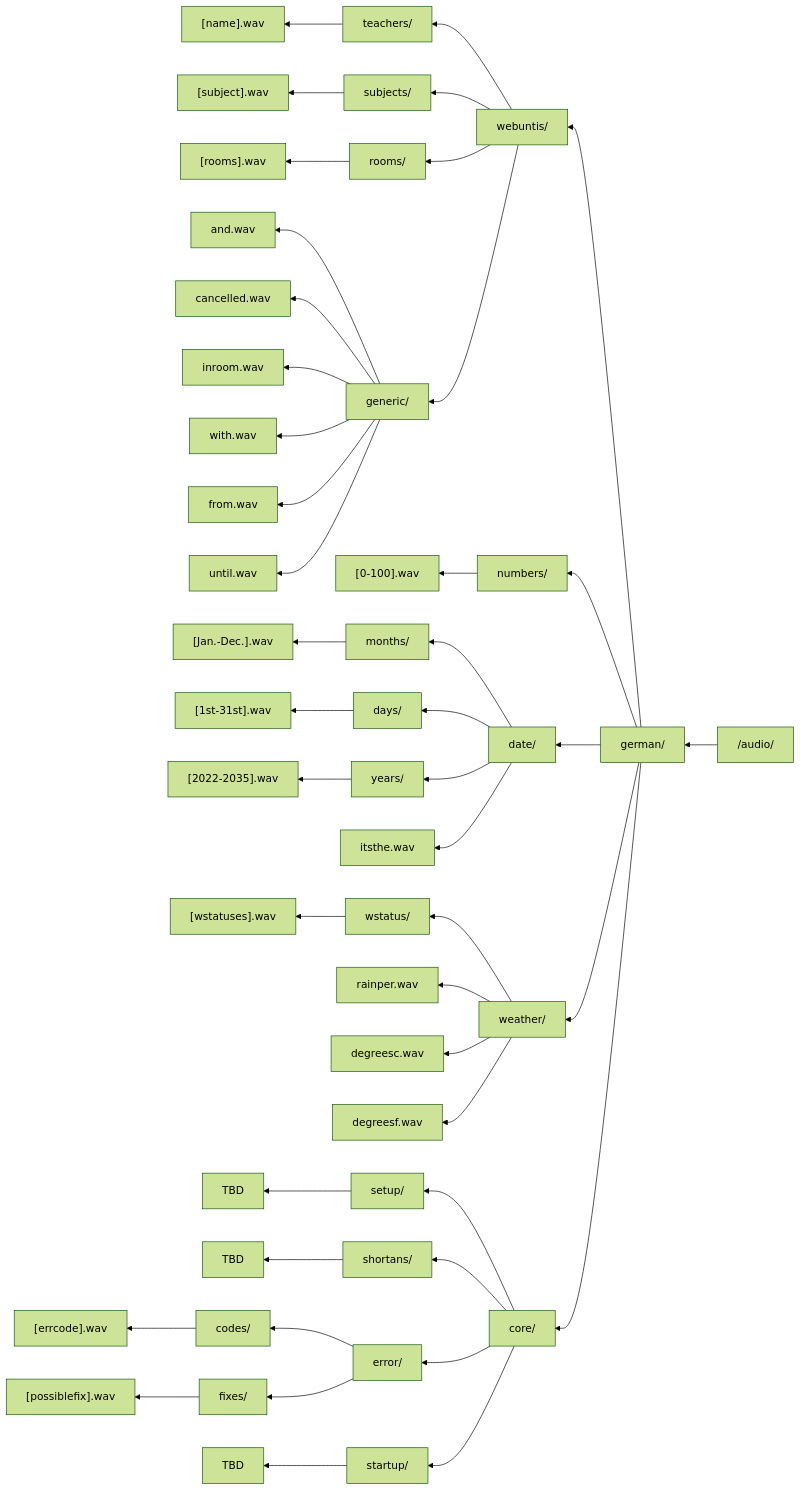
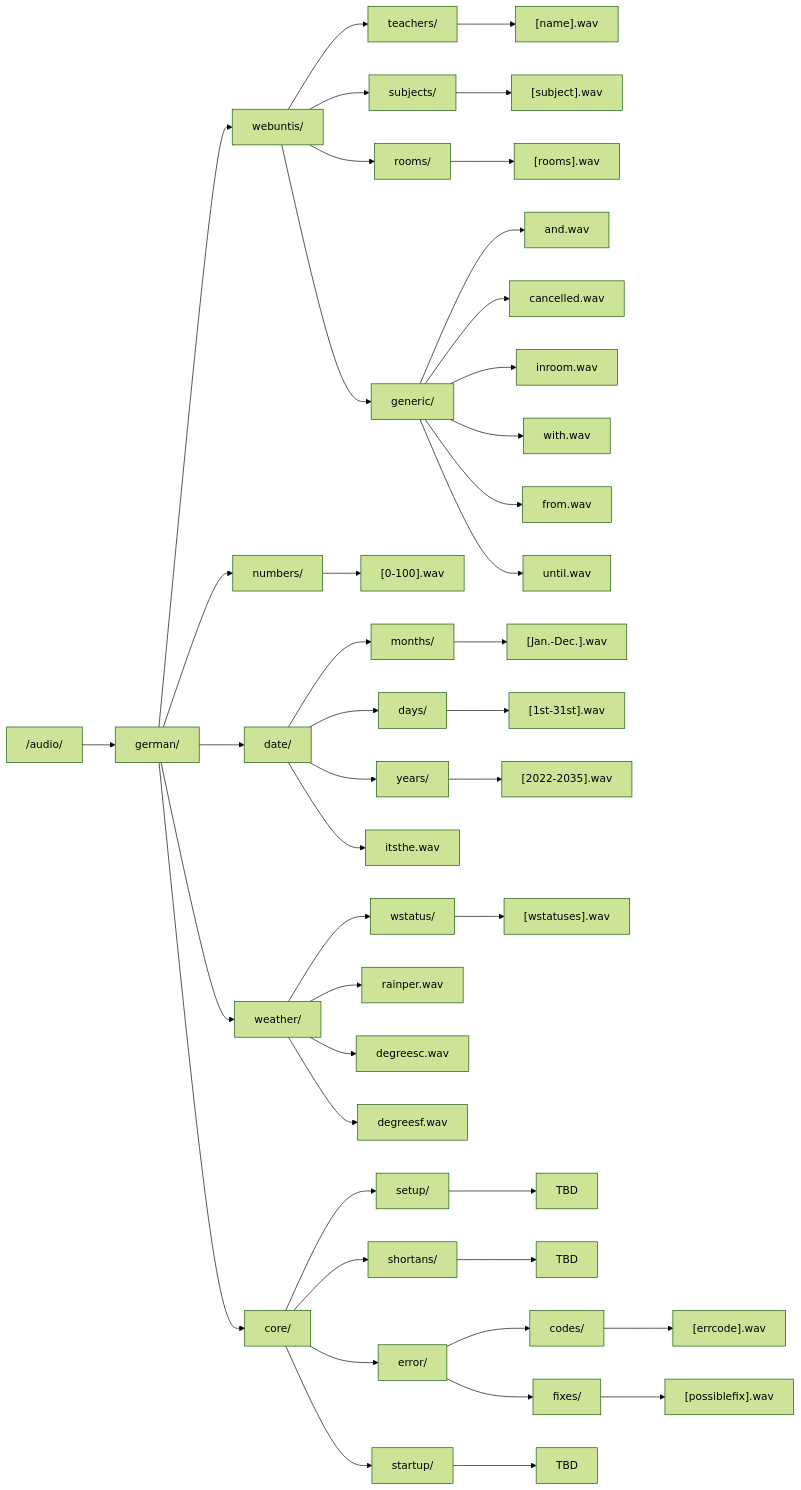
Before and after one commit to LoMaTiInformatik/SchoolBuddy: the diagram in README.md, drawn with Mermaid (forest theme).

````diff
--- a/README.md
+++ b/README.md
@@ -5,46 +5,46 @@
 ```mermaid
-flowchart RL;
+flowchart LR;
   audio["/audio/"] --> ger["german/"];
   ger --> gerwebu["webuntis/"];
   ger --> gernum["numbers/"];
   ger --> gerdate["date/"];
   ger --> gerweather["weather/"];
   ger --> gercore["core/"];
   gerwebu --> gerwebuteach["teachers/"];
   gerwebu --> gerwebusubj["subjects/"];
   gerwebu --> gerweburoom["rooms/"];
   gerwebu --> gerwebugener["generic/"];
   gerwebuteach --> gerteachval["[name].wav"];
   gerwebusubj --> gersubjval["[subject].wav"];
   gerweburoom --> gerroomval["[rooms].wav"];
   gerwebugener --> gerandval["and.wav"];
   gerwebugener --> gercanceval["cancelled.wav"];
   gerwebugener --> gerinroomval["inroom.wav"];
   gerwebugener --> gerwithwebval["with.wav"];
   gerwebugener --> gerfromwebval["from.wav"];
   gerwebugener --> geruntilwebval["until.wav"];
   gernum --> gernumval["[0-100].wav"];
   gerdate --> germonth["months/"];
   gerdate --> gerday["days/"];
   gerdate --> geryear["years/"];
   gerdate --> geritstheval["itsthe.wav"];
   germonth --> germonthval["[Jan.-Dec.].wav"];
   gerday --> gerdayval["[1st-31st].wav"];
   geryear --> geryearval["[2022-2035].wav"];
   gerweather --> gerwstatus["wstatus/"];
   gerweather --> gerrainperval["rainper.wav"];
   gerweather --> gerdegreescval["degreesc.wav"];
   gerweather --> gerdegreesfval["degreesf.wav"];
   gerwstatus --> gerwstatusval["[wstatuses].wav"];
   gercore --> gersetup["setup/"];
   gercore --> gershortans["shortans/"];
   gercore --> gererror["error/"];
   gercore --> gerstartup["startup/"];
   gersetup --> gersetupval["TBD"];
   gershortans --> gershortansval["TBD"];
   gererror --> gererrcodes["codes/"];
   gererror --> gererrfix["fixes/"];
   gererrcodes --> gererrcodeval["[errcode].wav"];
   gererrfix --> gererrfixval["[possiblefix].wav"];
   gerstartup --> gerstartupval["TBD"];
 ```
````
